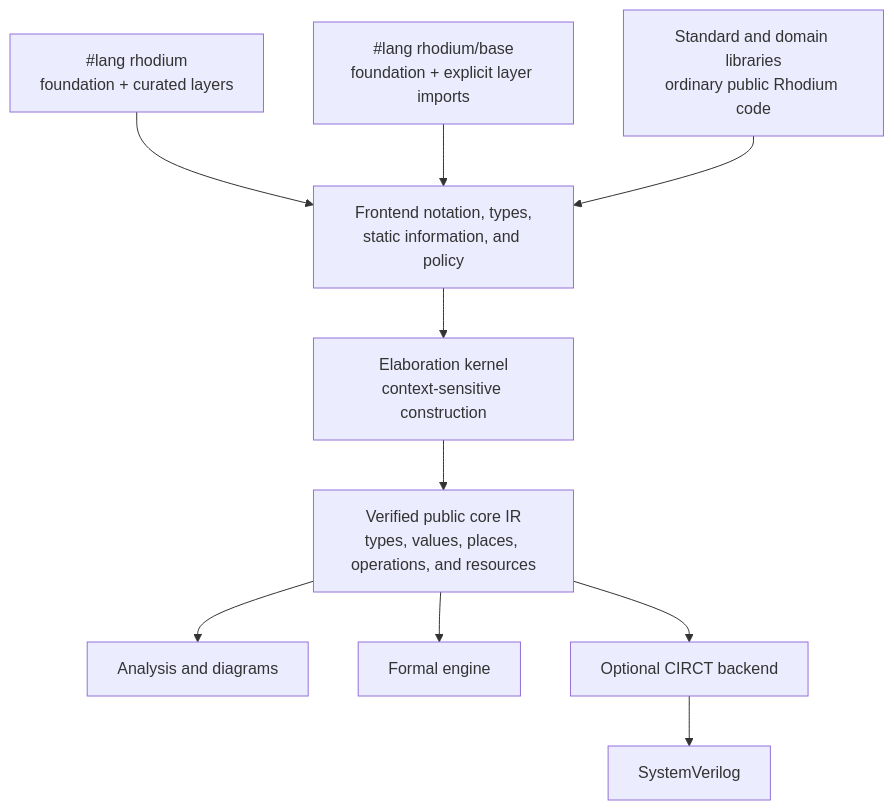
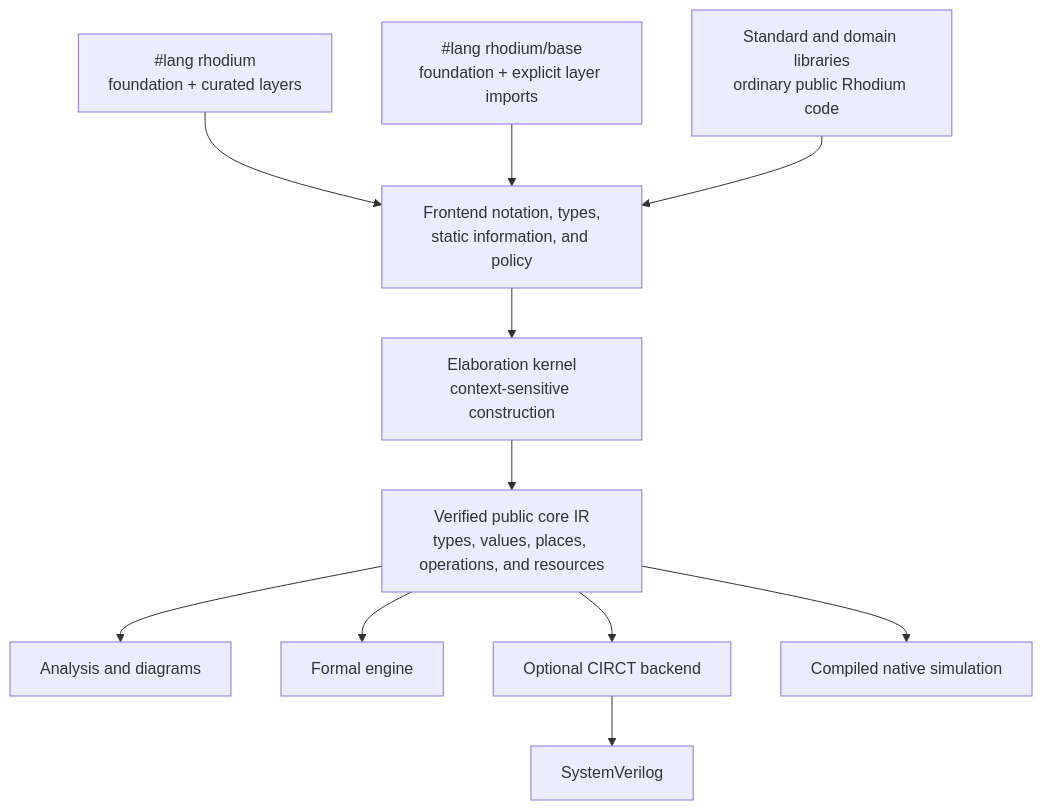
Before and after one commit to jerryz123/rhodium: the diagram in README.md, drawn with Mermaid. The commit also changed other lines of this file and 14 other files, not shown here.

First line of the commit message:
Document native simulation and wire validation into CI

````diff
--- a/README.md
+++ b/README.md
@@ -193,23 +193,24 @@
 ```mermaid
 flowchart TB
     standard["#lang rhodium<br/>foundation + curated layers"]
     base["#lang rhodium/base<br/>foundation + explicit layer imports"]
     libraries["Standard and domain libraries<br/>ordinary public Rhodium code"]
     frontend["Frontend notation, types,<br/>static information, and policy"]
     kernel["Elaboration kernel<br/>context-sensitive construction"]
     core["Verified public core IR<br/>types, values, places, operations, and resources"]
     analysis["Analysis and diagrams"]
     formal["Formal engine"]
     circt["Optional CIRCT backend"]
     sv["SystemVerilog"]
 
     standard --> frontend
     base --> frontend
     libraries --> frontend
     frontend --> kernel
     kernel --> core
     core --> analysis
     core --> formal
     core --> circt
+    core --> native["Compiled native simulation"]
     circt --> sv
 ```
````
